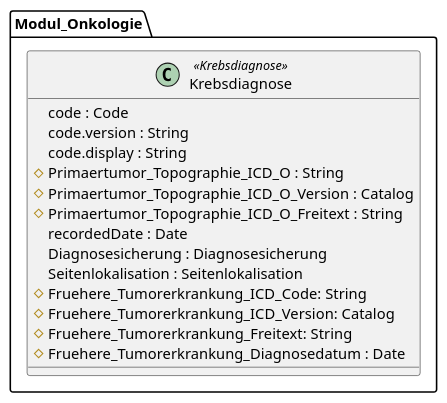
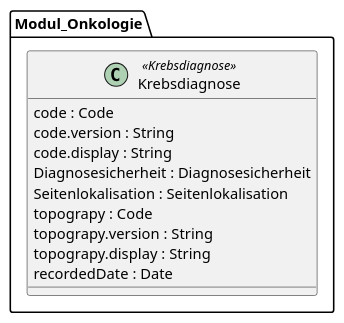
Before and after one commit to medizininformatik-initiative/kerndatensatzmodul-onkologie: the diagram in input/images-source/uml_fhir_diagnosis.puml, drawn with PlantUML. The commit also changed 9 other files, not shown here.

```diff
--- a/input/images-source/uml_fhir_diagnosis.puml
+++ b/input/images-source/uml_fhir_diagnosis.puml
@@ -1,24 +1,20 @@
 @startuml FhirModulOnkologieDiagnosis
 skinparam linetype ortho
 
 package Modul_Onkologie {
 
   class Krebsdiagnose << Krebsdiagnose >> {
     code : Code
     code.version : String
     code.display : String
-    # Primaertumor_Topographie_ICD_O : String
-    # Primaertumor_Topographie_ICD_O_Version : Catalog
-    # Primaertumor_Topographie_ICD_O_Freitext : String
+    Diagnosesicherheit : Diagnosesicherheit
+    Seitenlokalisation : Seitenlokalisation
+    topograpy : Code
+    topograpy.version : String
+    topograpy.display : String
     recordedDate : Date
-    Diagnosesicherung : Diagnosesicherung
-    Seitenlokalisation : Seitenlokalisation
-    # Fruehere_Tumorerkrankung_ICD_Code: String
-    # Fruehere_Tumorerkrankung_ICD_Version: Catalog
-    # Fruehere_Tumorerkrankung_Freitext: String
-    # Fruehere_Tumorerkrankung_Diagnosedatum : Date
   }
 
 }
 
 @enduml
```
